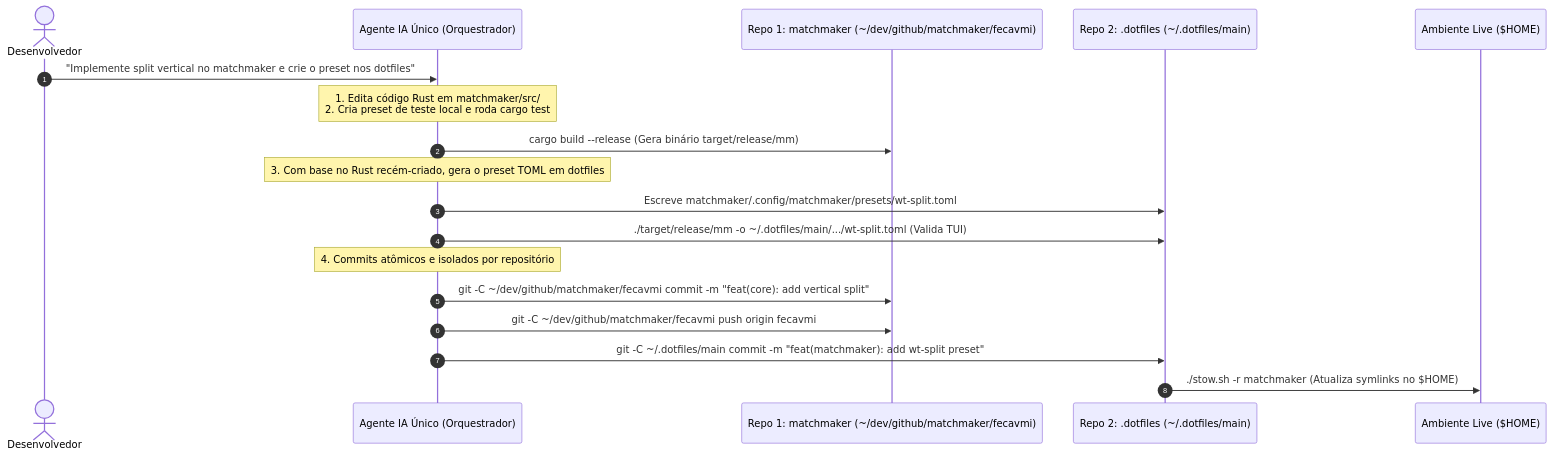
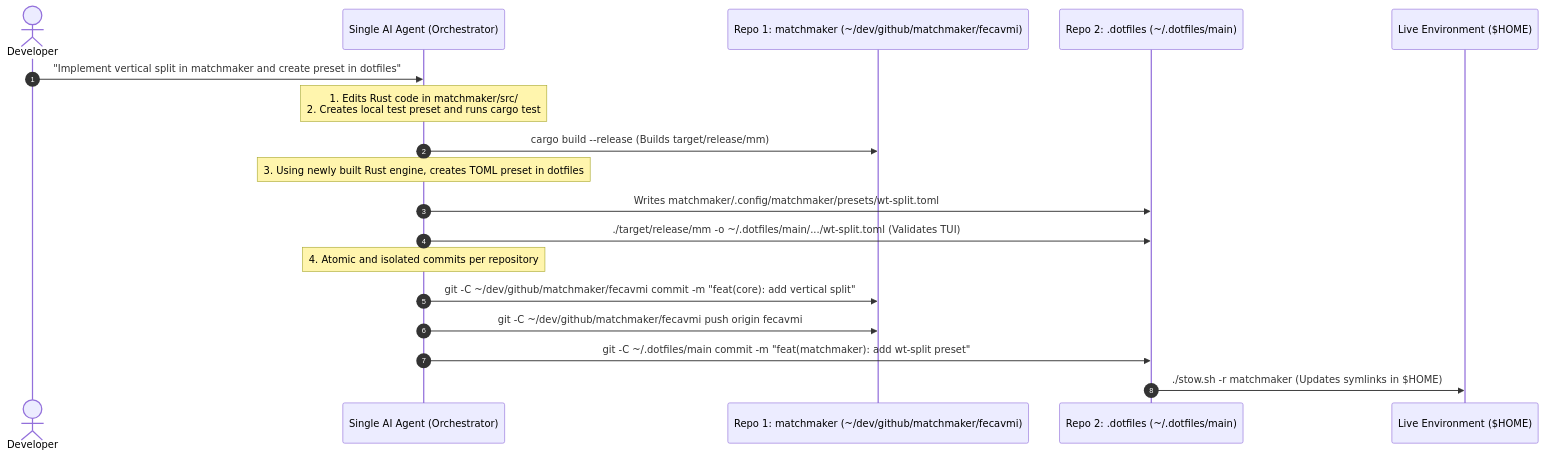
One commit to fcmiranda/.dotfiles changed the fifth of 5 diagrams in docs/GIT_WORKTREE_AGENTIC_WORKFLOW.md. Above: the diagram before and after it, drawn with Mermaid. The commit also changed other lines of this file, not shown here.

````diff
--- a/docs/GIT_WORKTREE_AGENTIC_WORKFLOW.md
+++ b/docs/GIT_WORKTREE_AGENTIC_WORKFLOW.md
@@ -468,24 +467,24 @@
 ```mermaid
 sequenceDiagram
     autonumber
-    actor Dev as Desenvolvedor
-    participant Agent as Agente IA Único (Orquestrador)
+    actor Dev as Developer
+    participant Agent as Single AI Agent (Orchestrator)
     participant Engine as Repo 1: matchmaker (~/dev/github/matchmaker/fecavmi)
     participant Dotfiles as Repo 2: .dotfiles (~/.dotfiles/main)
-    participant Home as Ambiente Live ($HOME)
+    participant Home as Live Environment ($HOME)
 
-    Dev->>Agent: "Implemente split vertical no matchmaker e crie o preset nos dotfiles"
-    Note over Agent: 1. Edita código Rust em matchmaker/src/<br/>2. Cria preset de teste local e roda cargo test
-    Agent->>Engine: cargo build --release (Gera binário target/release/mm)
+    Dev->>Agent: "Implement vertical split in matchmaker and create preset in dotfiles"
+    Note over Agent: 1. Edits Rust code in matchmaker/src/<br/>2. Creates local test preset and runs cargo test
+    Agent->>Engine: cargo build --release (Builds target/release/mm)
     
-    Note over Agent: 3. Com base no Rust recém-criado, gera o preset TOML em dotfiles
-    Agent->>Dotfiles: Escreve matchmaker/.config/matchmaker/presets/wt-split.toml
-    Agent->>Dotfiles: ./target/release/mm -o ~/.dotfiles/main/.../wt-split.toml (Valida TUI)
+    Note over Agent: 3. Using newly built Rust engine, creates TOML preset in dotfiles
+    Agent->>Dotfiles: Writes matchmaker/.config/matchmaker/presets/wt-split.toml
+    Agent->>Dotfiles: ./target/release/mm -o ~/.dotfiles/main/.../wt-split.toml (Validates TUI)
 
-    Note over Agent: 4. Commits atômicos e isolados por repositório
+    Note over Agent: 4. Atomic and isolated commits per repository
     Agent->>Engine: git -C ~/dev/github/matchmaker/fecavmi commit -m "feat(core): add vertical split"
     Agent->>Engine: git -C ~/dev/github/matchmaker/fecavmi push origin fecavmi
 
     Agent->>Dotfiles: git -C ~/.dotfiles/main commit -m "feat(matchmaker): add wt-split preset"
-    Dotfiles->>Home: ./stow.sh -r matchmaker (Atualiza symlinks no $HOME)
+    Dotfiles->>Home: ./stow.sh -r matchmaker (Updates symlinks in $HOME)
 ```
````
